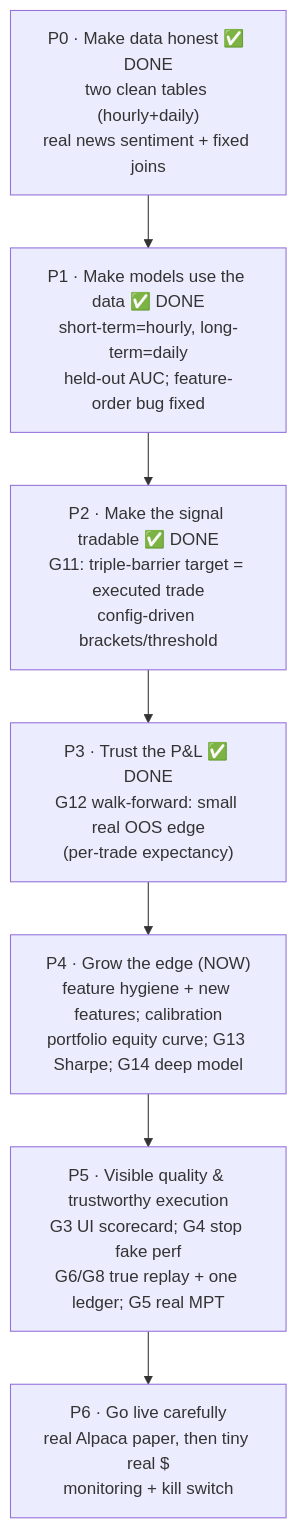
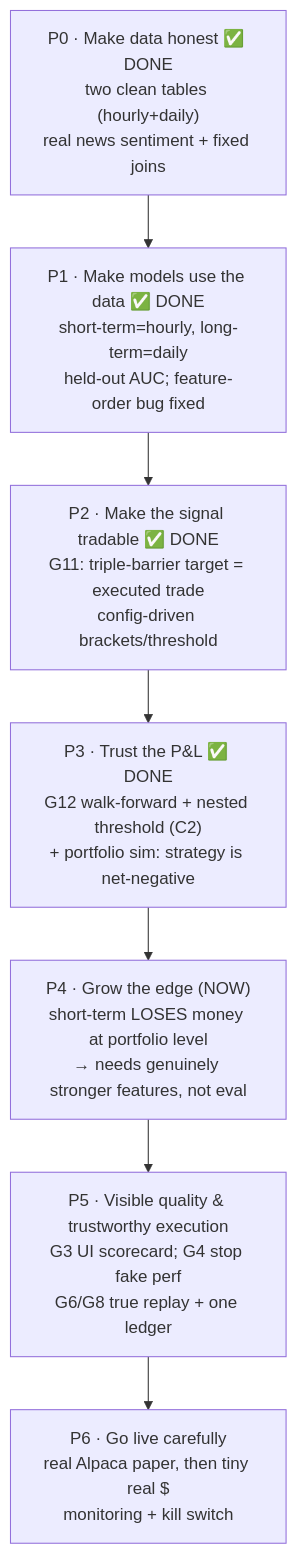
One commit to arvindpereira/ampytech-trader changed the second of 2 diagrams in docs/current-state-and-gaps.md. Above: the diagram before and after it, drawn with Mermaid. The commit also changed other lines of this file and 4 other files, not shown here.

First line of the commit message:
Docs: sync to latest branch state (portfolio sim = net-negative, C2 + tilt-to-API done, 36-ticker universe)

````diff
--- a/docs/current-state-and-gaps.md
+++ b/docs/current-state-and-gaps.md
@@ -216,11 +236,11 @@
 ```mermaid
 flowchart TD
     P0["P0 · Make data honest ✅ DONE<br/>two clean tables (hourly+daily)<br/>real news sentiment + fixed joins"]
     P1["P1 · Make models use the data ✅ DONE<br/>short-term=hourly, long-term=daily<br/>held-out AUC; feature-order bug fixed"]
     P2["P2 · Make the signal tradable ✅ DONE<br/>G11: triple-barrier target = executed trade<br/>config-driven brackets/threshold"]
-    P3["P3 · Trust the P&L ✅ DONE<br/>G12 walk-forward: small real OOS edge<br/>(per-trade expectancy)"]
-    P4["P4 · Grow the edge (NOW)<br/>feature hygiene + new features; calibration<br/>portfolio equity curve; G13 Sharpe; G14 deep model"]
-    P5["P5 · Visible quality & trustworthy execution<br/>G3 UI scorecard; G4 stop fake perf<br/>G6/G8 true replay + one ledger; G5 real MPT"]
+    P3["P3 · Trust the P&L ✅ DONE<br/>G12 walk-forward + nested threshold (C2)<br/>+ portfolio sim: strategy is net-negative"]
+    P4["P4 · Grow the edge (NOW)<br/>short-term LOSES money at portfolio level<br/>→ needs genuinely stronger features, not eval"]
+    P5["P5 · Visible quality & trustworthy execution<br/>G3 UI scorecard; G4 stop fake perf<br/>G6/G8 true replay + one ledger"]
     P6["P6 · Go live carefully<br/>real Alpaca paper, then tiny real $<br/>monitoring + kill switch"]
     P0 --> P1 --> P2 --> P3 --> P4 --> P5 --> P6
 ```
````
